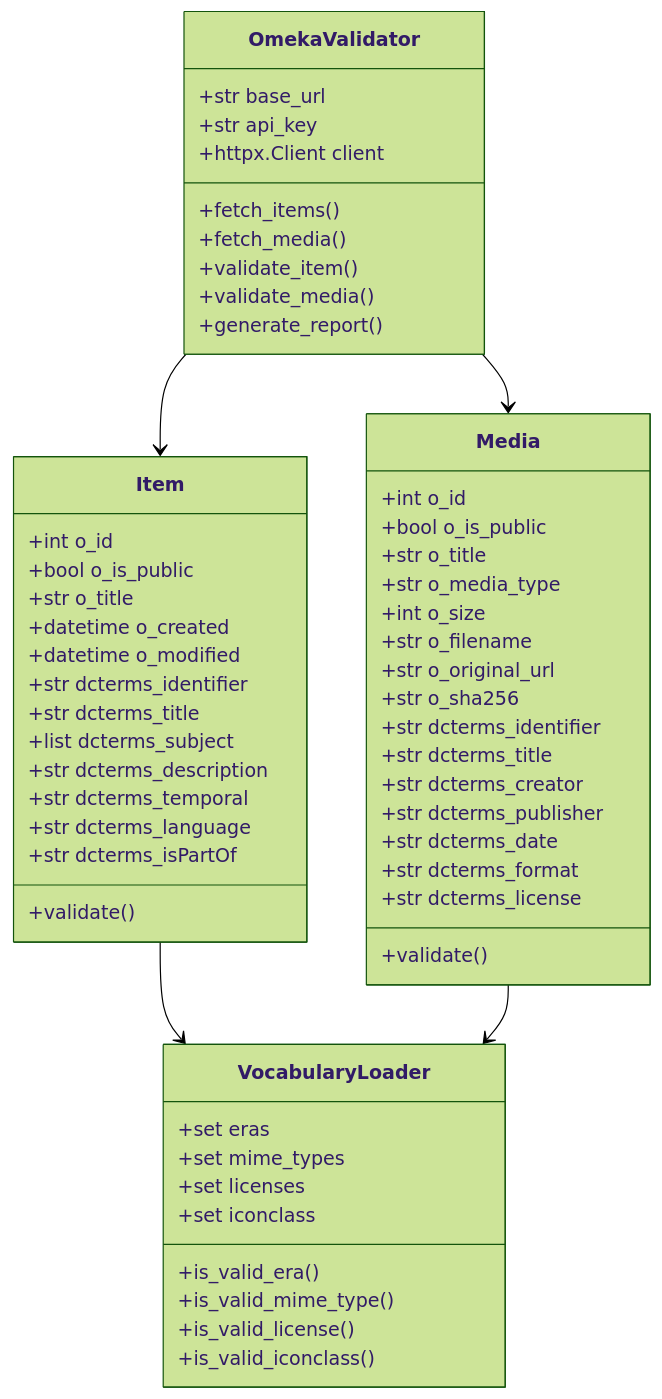
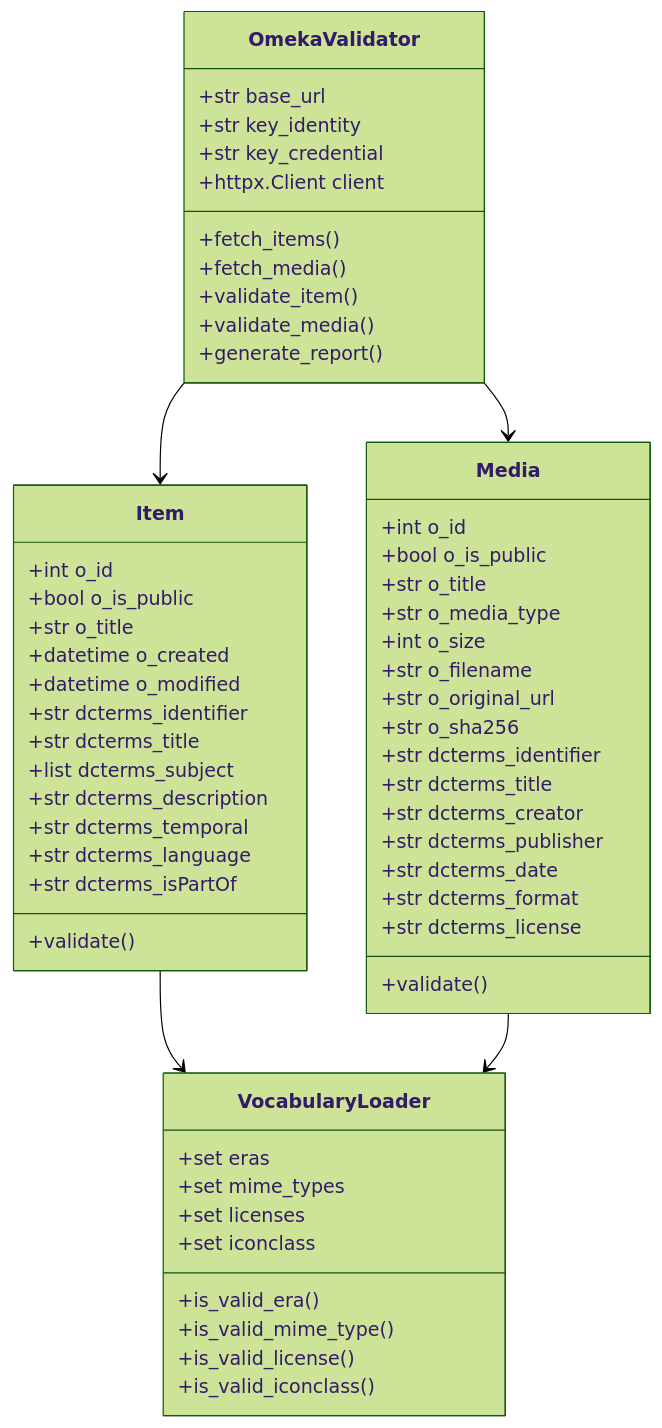
One commit to Stadt-Geschichte-Basel/sgb-data-validator changed the third of 3 diagrams in IMPLEMENTATION.md. Above: the diagram before and after it, drawn with Mermaid (forest theme). The commit also changed other lines of this file and 6 other files, not shown here.

Commit message:
feat: Add support for Omeka S authentication using key_identity and key_credential via .env file

````diff
--- a/IMPLEMENTATION.md
+++ b/IMPLEMENTATION.md
@@ -211,64 +266,65 @@
 ```mermaid
 classDiagram
     class Item {
         +int o_id
         +bool o_is_public
         +str o_title
         +datetime o_created
         +datetime o_modified
         +str dcterms_identifier
         +str dcterms_title
         +list dcterms_subject
         +str dcterms_description
         +str dcterms_temporal
         +str dcterms_language
         +str dcterms_isPartOf
         +validate()
     }
 
     class Media {
         +int o_id
         +bool o_is_public
         +str o_title
         +str o_media_type
         +int o_size
         +str o_filename
         +str o_original_url
         +str o_sha256
         +str dcterms_identifier
         +str dcterms_title
         +str dcterms_creator
         +str dcterms_publisher
         +str dcterms_date
         +str dcterms_format
         +str dcterms_license
         +validate()
     }
 
     class OmekaValidator {
         +str base_url
-        +str api_key
+        +str key_identity
+        +str key_credential
         +httpx.Client client
         +fetch_items()
         +fetch_media()
         +validate_item()
         +validate_media()
         +generate_report()
     }
 
     class VocabularyLoader {
         +set eras
         +set mime_types
         +set licenses
         +set iconclass
         +is_valid_era()
         +is_valid_mime_type()
         +is_valid_license()
         +is_valid_iconclass()
     }
 
     OmekaValidator --> Item
     OmekaValidator --> Media
     Item --> VocabularyLoader
     Media --> VocabularyLoader
 ```
````
